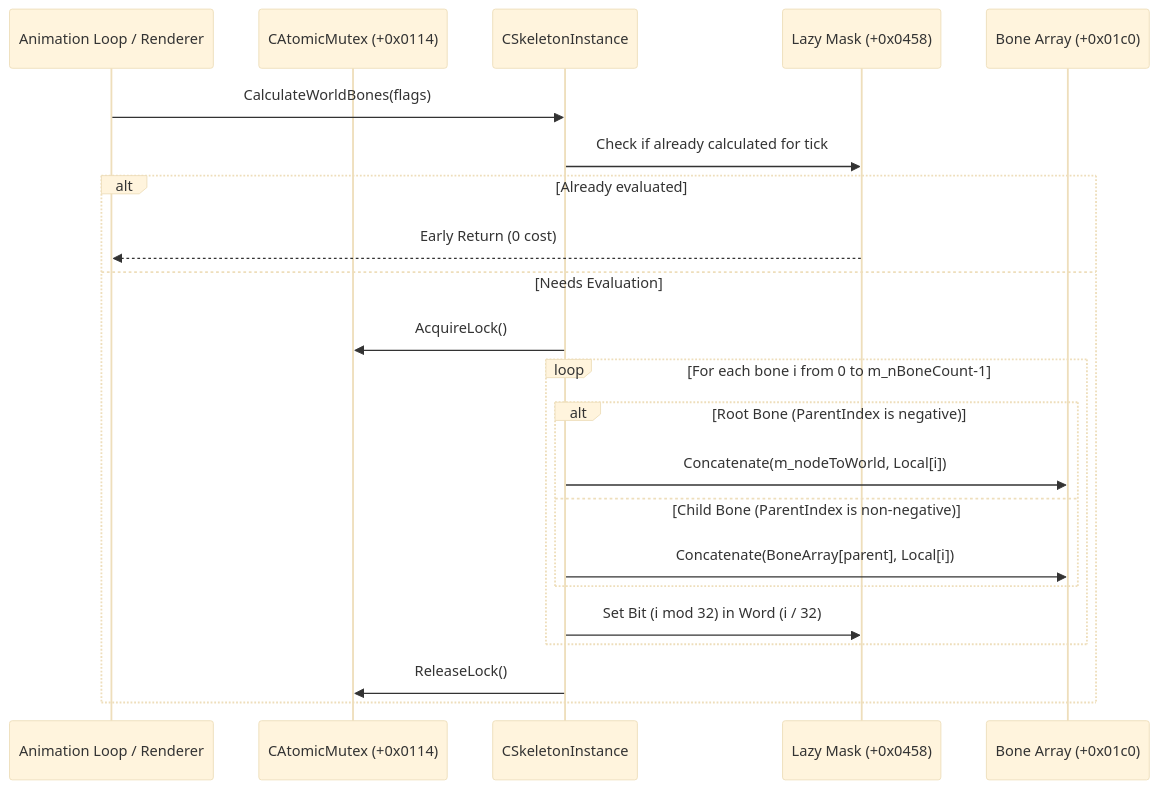
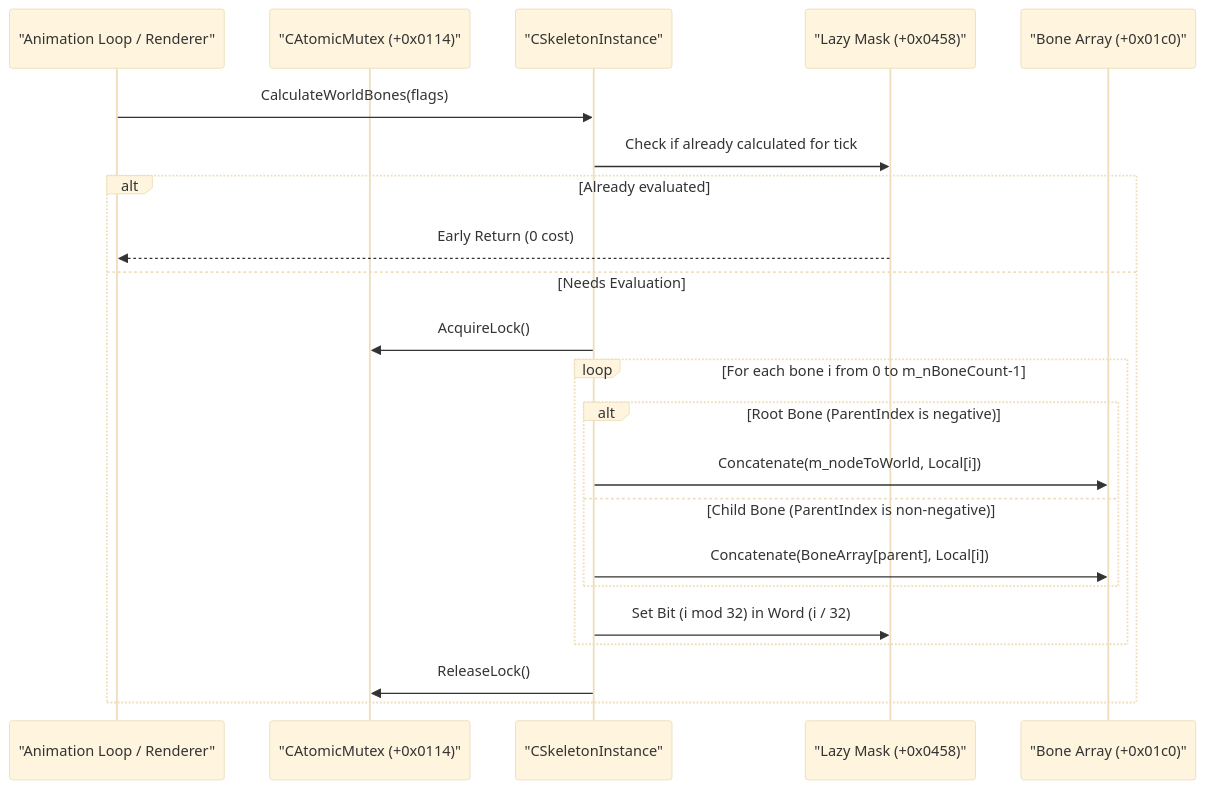
Before and after one commit to Hanzkii/cs2-reverse: the second of 2 diagrams in docs/09_skeleton_bone_hierarchy_and_animgraph.md, drawn with Mermaid (base theme). The commit also changed 17 other files, not shown here.

Commit message:
fix(docs): quote Mermaid sequence diagram participant labels across all documentation

````diff
--- a/docs/09_skeleton_bone_hierarchy_and_animgraph.md
+++ b/docs/09_skeleton_bone_hierarchy_and_animgraph.md
@@ -119,25 +119,25 @@
 ```mermaid
 sequenceDiagram
-    participant Engine as Animation Loop / Renderer
-    participant Mutex as CAtomicMutex (+0x0114)
-    participant SInst as CSkeletonInstance
-    participant Bitmask as Lazy Mask (+0x0458)
-    participant BoneArray as Bone Array (+0x01c0)
+    participant Engine as "Animation Loop / Renderer"
+    participant Mutex as "CAtomicMutex (+0x0114)"
+    participant SInst as "CSkeletonInstance"
+    participant Bitmask as "Lazy Mask (+0x0458)"
+    participant BoneArray as "Bone Array (+0x01c0)"
 
     Engine->>SInst: CalculateWorldBones(flags)
     SInst->>Bitmask: Check if already calculated for tick
     alt Already evaluated
         Bitmask-->>Engine: Early Return (0 cost)
     else Needs Evaluation
         SInst->>Mutex: AcquireLock()
         loop For each bone i from 0 to m_nBoneCount-1
             alt Root Bone (ParentIndex is negative)
                 SInst->>BoneArray: Concatenate(m_nodeToWorld, Local[i])
             else Child Bone (ParentIndex is non-negative)
                 SInst->>BoneArray: Concatenate(BoneArray[parent], Local[i])
             end
             SInst->>Bitmask: Set Bit (i mod 32) in Word (i / 32)
         end
         SInst->>Mutex: ReleaseLock()
     end
 ```
````
